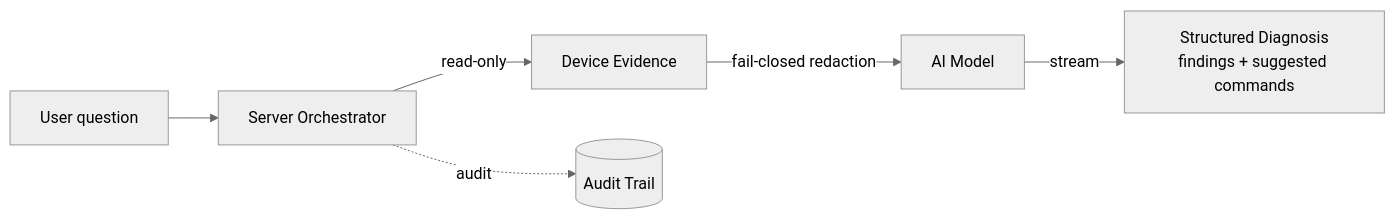
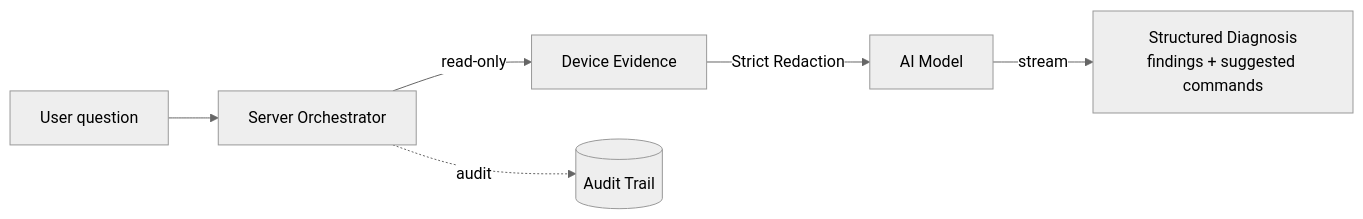
The third of 3 diagrams in README.md (lcxl-remote/lcxl-remote-desk-web), drawn with Mermaid (neutral theme) before and after one commit. The commit also changed other lines of this file and 1 other file, not shown here.

````diff
--- a/README.md
+++ b/README.md
@@ -155,8 +153,8 @@
 ```mermaid
 graph LR
     user[User question] --> orch[Server Orchestrator]
     orch -->|read-only| evidence[Device Evidence]
-    evidence -->|fail-closed redaction| model[AI Model]
+    evidence -->|Strict Redaction| model[AI Model]
     model -->|stream| diag[Structured Diagnosis<br/>findings + suggested commands]
     orch -.audit.-> audit[(Audit Trail)]
 ```
````
